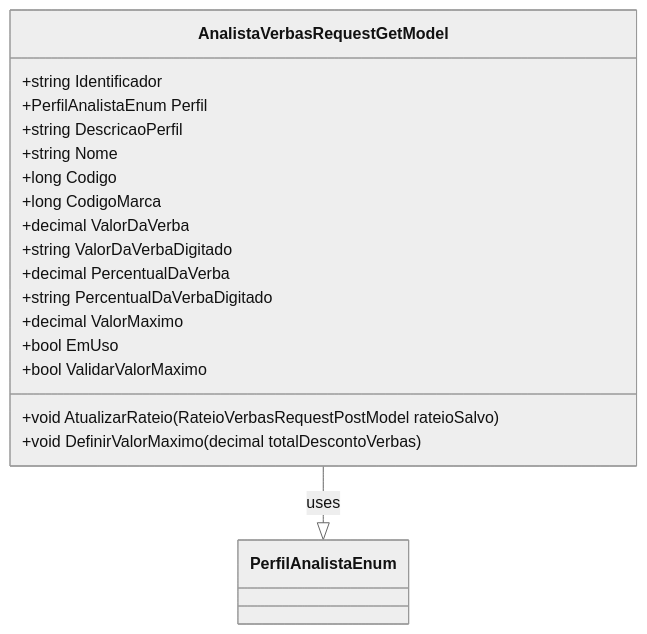
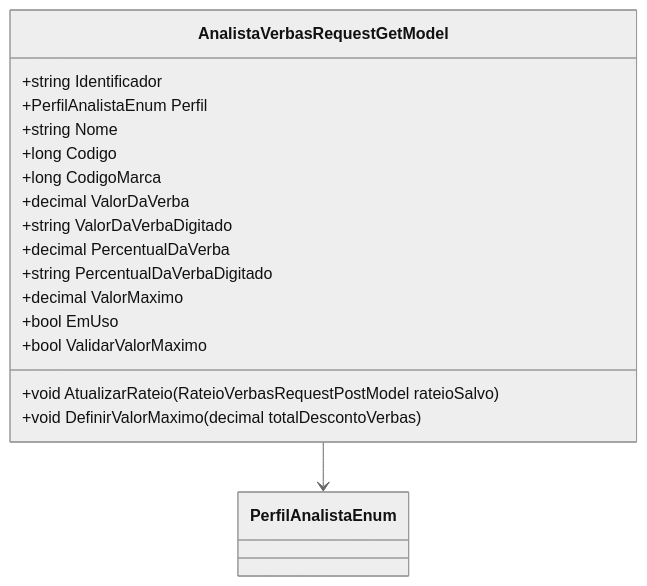
Before and after one commit to IsthmusSistemas/documentacao-tecnica: the diagram in docs/b2b-dominio/IsthmusWinthor.Nucleo/IsthmusWinthor.Dominio/Model/Verbas/AnalistaVerbasRequestGetModel.md, drawn with Mermaid (neutral theme). The commit also changed other lines of this file and 882 other files, not shown here.

````diff
--- a/docs/b2b-dominio/IsthmusWinthor.Nucleo/IsthmusWinthor.Dominio/Model/Verbas/AnalistaVerbasRequestGetModel.md
+++ b/docs/b2b-dominio/IsthmusWinthor.Nucleo/IsthmusWinthor.Dominio/Model/Verbas/AnalistaVerbasRequestGetModel.md
@@ -41,23 +42,20 @@
 ```mermaid
 classDiagram
     class AnalistaVerbasRequestGetModel {
         +string Identificador
         +PerfilAnalistaEnum Perfil
-        +string DescricaoPerfil
         +string Nome
         +long Codigo
         +long CodigoMarca
         +decimal ValorDaVerba
         +string ValorDaVerbaDigitado
         +decimal PercentualDaVerba
         +string PercentualDaVerbaDigitado
         +decimal ValorMaximo
         +bool EmUso
         +bool ValidarValorMaximo
         +void AtualizarRateio(RateioVerbasRequestPostModel rateioSalvo)
         +void DefinirValorMaximo(decimal totalDescontoVerbas)
     }
-    class PerfilAnalistaEnum {
-    }
-    AnalistaVerbasRequestGetModel --|> PerfilAnalistaEnum : uses
+    AnalistaVerbasRequestGetModel --> PerfilAnalistaEnum
 ```
````
